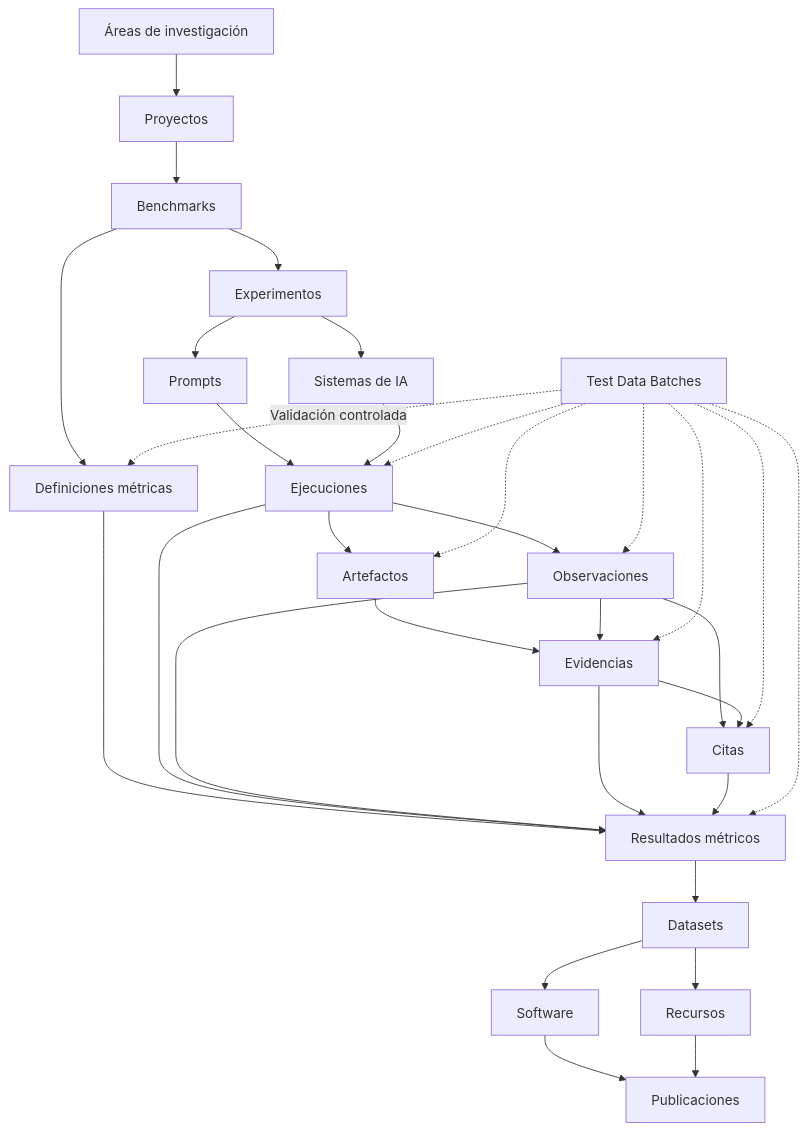
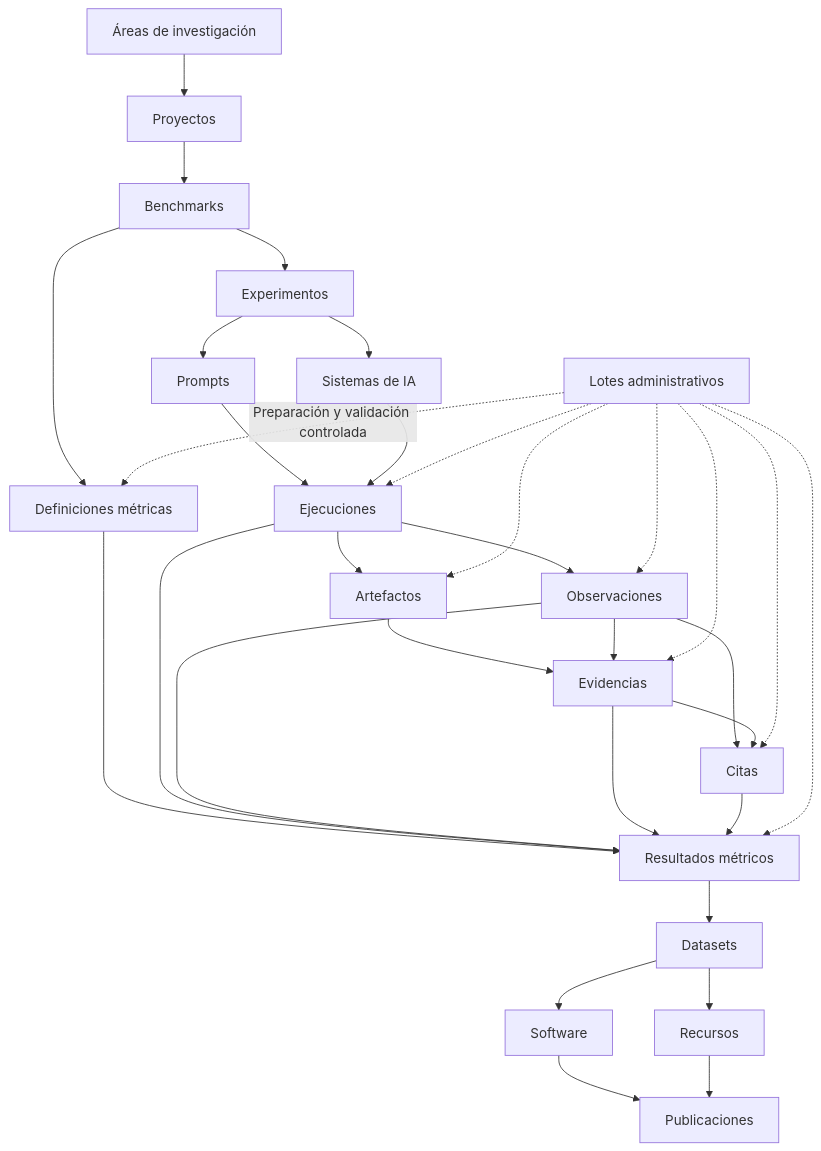
One commit to gslhub/website changed the diagram in README.es.md. Above: the diagram before and after it, drawn with Mermaid. The commit also changed other lines of this file, not shown here.

````diff
--- a/README.es.md
+++ b/README.es.md
@@ -155,39 +168,34 @@
 ```mermaid
 flowchart TD
     A[Áreas de investigación] --> B[Proyectos]
     B --> C[Benchmarks]
     C --> D[Experimentos]
     C --> MD[Definiciones métricas]
-
     D --> E[Prompts]
     D --> F[Sistemas de IA]
     E --> G[Ejecuciones]
     F --> G
-
     G --> H[Observaciones]
     G --> I[Artefactos]
     I --> J[Evidencias]
     H --> J
     H --> K[Citas]
     J --> K
-
     MD --> L[Resultados métricos]
     G --> L
     H --> L
     J --> L
     K --> L
-
     L --> M[Datasets]
     M --> N[Software]
     M --> O[Recursos]
     N --> P[Publicaciones]
     O --> P
-
-    T[Test Data Batches] -. Validación controlada .-> MD
+    T[Lotes administrativos] -. Preparación y validación controlada .-> MD
     T -.-> G
     T -.-> H
     T -.-> I
     T -.-> J
     T -.-> K
     T -.-> L
 ```
````
